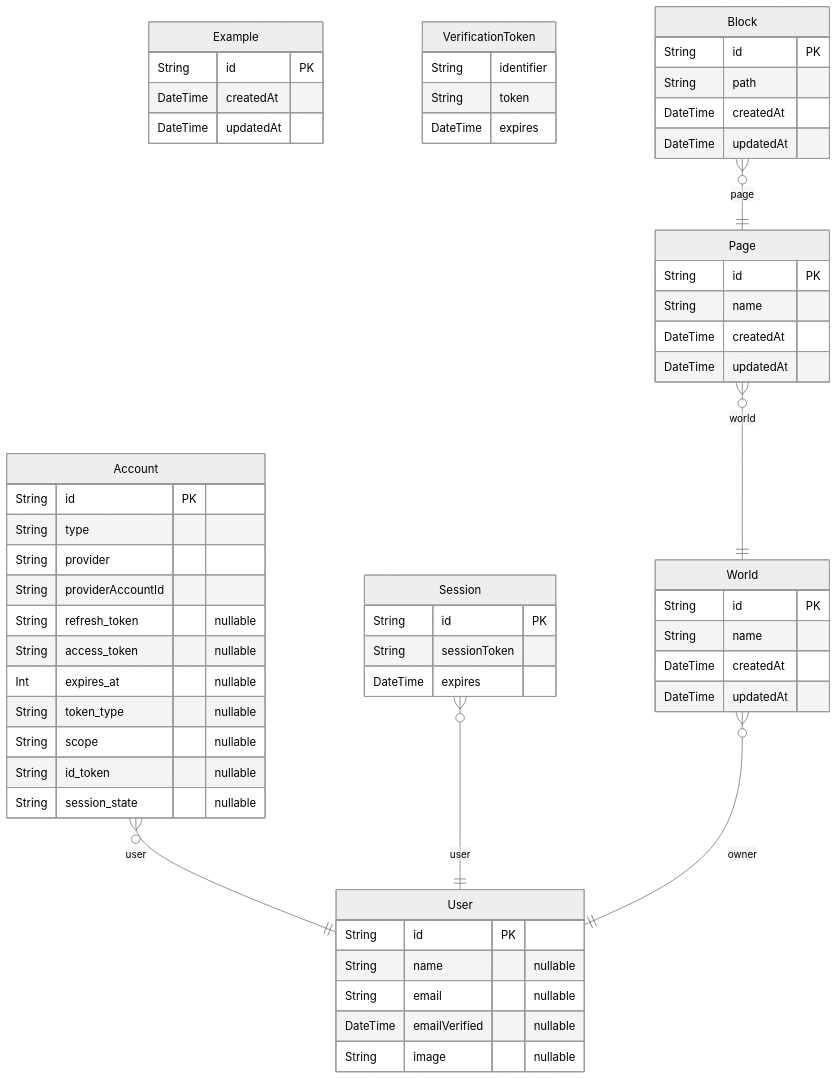
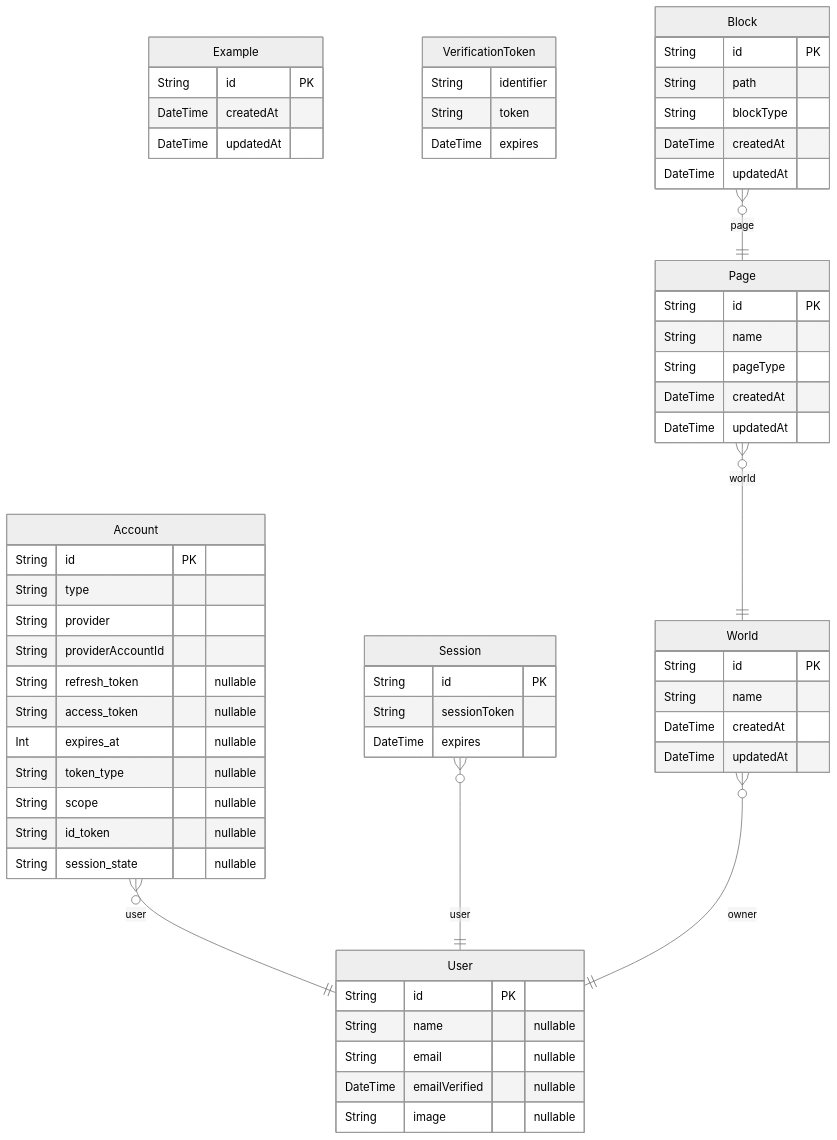
The diagram in docs/diagrama.md (Tamicktom/hammertail), drawn with Mermaid (neutral theme) before and after one commit. The commit also changed 7 other files, not shown here.

````diff
--- a/docs/diagrama.md
+++ b/docs/diagrama.md
@@ -1,77 +1,79 @@
 ```mermaid
 erDiagram
 
   Example {
     String id PK 
     DateTime createdAt  
     DateTime updatedAt  
     }
   
 
   Account {
     String id PK 
     String type  
     String provider  
     String providerAccountId  
     String refresh_token  "nullable"
     String access_token  "nullable"
     Int expires_at  "nullable"
     String token_type  "nullable"
     String scope  "nullable"
     String id_token  "nullable"
     String session_state  "nullable"
     }
   
 
   Session {
     String id PK 
     String sessionToken  
     DateTime expires  
     }
   
 
   User {
     String id PK 
     String name  "nullable"
     String email  "nullable"
     DateTime emailVerified  "nullable"
     String image  "nullable"
     }
   
 
   VerificationToken {
     String identifier  
     String token  
     DateTime expires  
     }
   
 
   World {
     String id PK 
     String name  
     DateTime createdAt  
     DateTime updatedAt  
     }
   
 
   Page {
     String id PK 
     String name  
+    String pageType  
     DateTime createdAt  
     DateTime updatedAt  
     }
   
 
   Block {
     String id PK 
     String path  
+    String blockType  
     DateTime createdAt  
     DateTime updatedAt  
     }
   
     Account o{--|| User : "user"
     Session o{--|| User : "user"
     World o{--|| User : "owner"
     Page o{--|| World : "world"
     Block o{--|| Page : "page"
 ```
````
